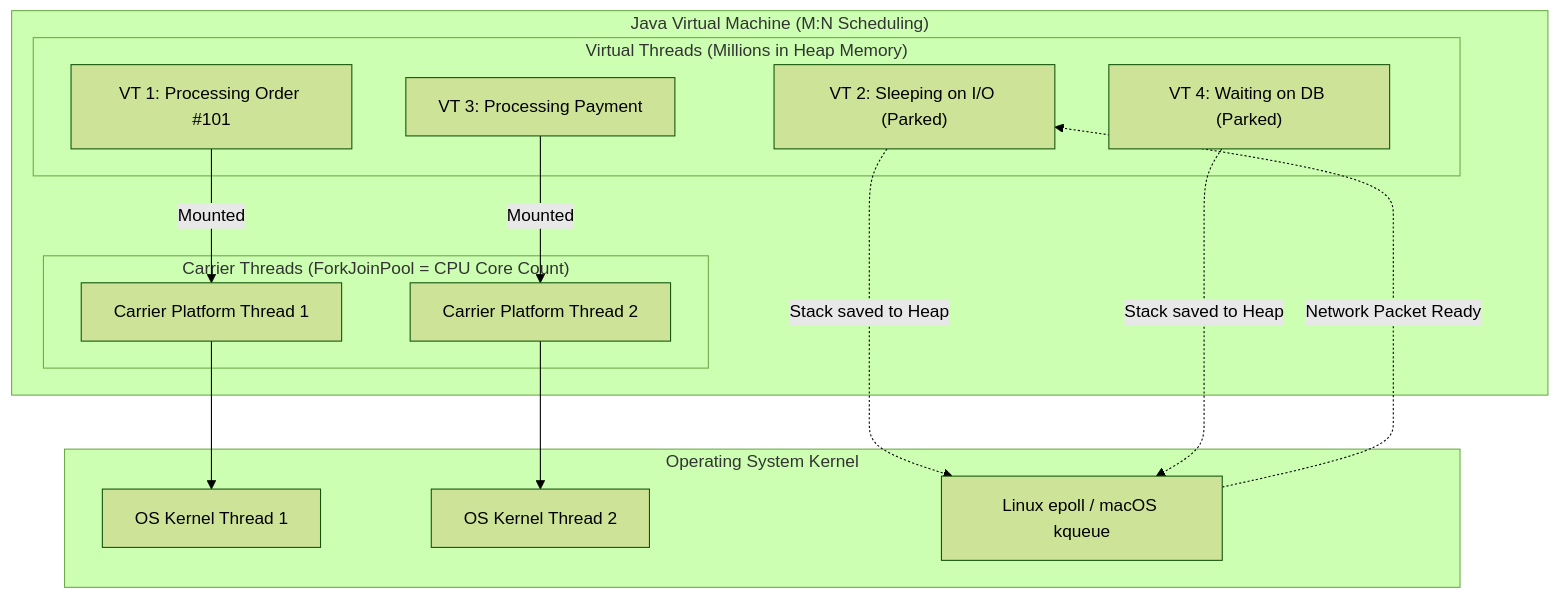
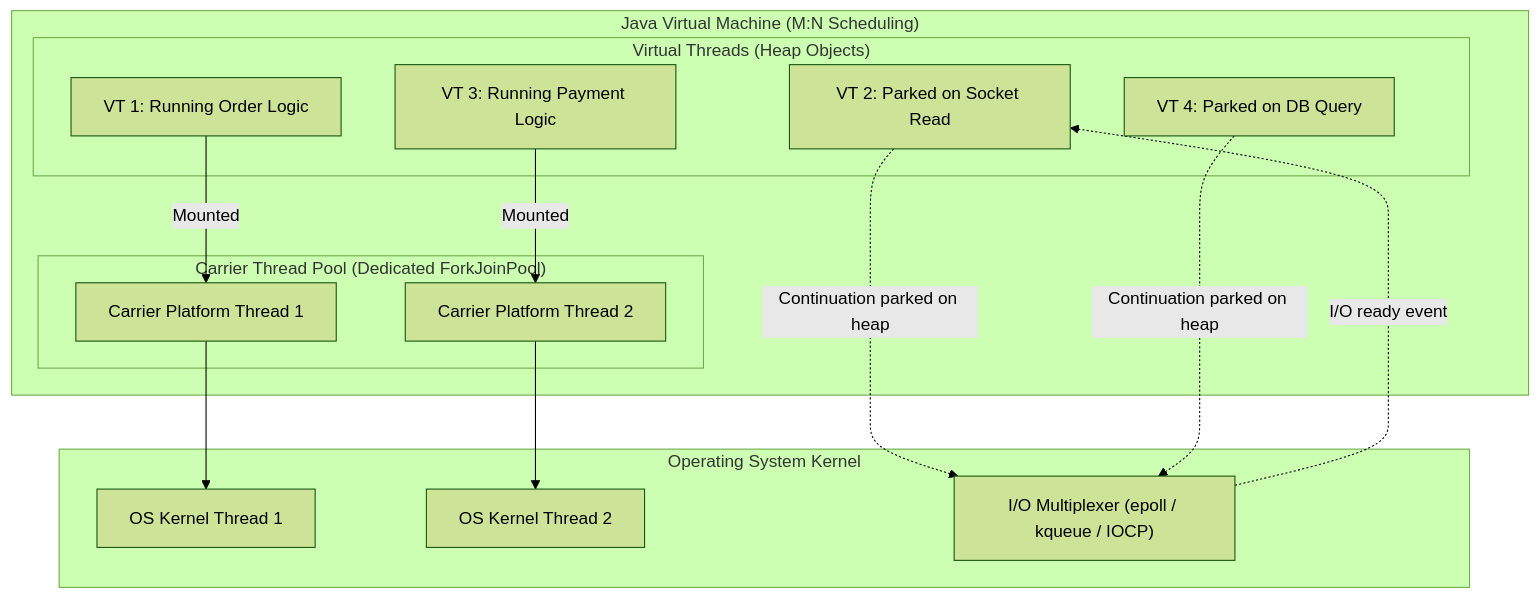
Before and after one commit to ravishankar2463/java_hub: the first of 2 diagrams in content/roadmap/level-5/project-loom-virtual-threads.md, drawn with Mermaid (forest theme). The commit also changed other lines of this file and 119 other files, not shown here.

Commit message:
feat: add comprehensive java learning roadmap content across multiple levels

````diff
--- a/content/roadmap/level-5/project-loom-virtual-threads.md
+++ b/content/roadmap/level-5/project-loom-virtual-threads.md
@@ -17,31 +31,31 @@
 ```mermaid
 flowchart TD
-    subgraph "Java Virtual Machine (M:N Scheduling)"
-        subgraph "Virtual Threads (Millions in Heap Memory)"
-            VT1["VT 1: Processing Order #101"]
-            VT2["VT 2: Sleeping on I/O (Parked)"]
-            VT3["VT 3: Processing Payment"]
-            VT4["VT 4: Waiting on DB (Parked)"]
+    subgraph jvm["Java Virtual Machine (M:N Scheduling)"]
+        subgraph vts["Virtual Threads (Heap Objects)"]
+            vt1["VT 1: Running Order Logic"]
+            vt2["VT 2: Parked on Socket Read"]
+            vt3["VT 3: Running Payment Logic"]
+            vt4["VT 4: Parked on DB Query"]
         end
 
-        subgraph "Carrier Threads (ForkJoinPool = CPU Core Count)"
-            CT1["Carrier Platform Thread 1"]
-            CT2["Carrier Platform Thread 2"]
+        subgraph carriers["Carrier Thread Pool (Dedicated ForkJoinPool)"]
+            ct1["Carrier Platform Thread 1"]
+            ct2["Carrier Platform Thread 2"]
         end
     end
 
-    subgraph "Operating System Kernel"
-        OS1["OS Kernel Thread 1"]
-        OS2["OS Kernel Thread 2"]
-        Poller["Linux epoll / macOS kqueue"]
+    subgraph os["Operating System Kernel"]
+        os1["OS Kernel Thread 1"]
+        os2["OS Kernel Thread 2"]
+        poller["I/O Multiplexer (epoll / kqueue / IOCP)"]
     end
 
-    VT1 -->|Mounted| CT1
-    VT3 -->|Mounted| CT2
-    CT1 --> OS1
-    CT2 --> OS2
-    
-    VT2 -.->|Stack saved to Heap| Poller
-    VT4 -.->|Stack saved to Heap| Poller
-    Poller -.->|Network Packet Ready| VT2
+    vt1 -->|"Mounted"| ct1
+    vt3 -->|"Mounted"| ct2
+    ct1 --> os1
+    ct2 --> os2
+
+    vt2 -.->|"Continuation parked on heap"| poller
+    vt4 -.->|"Continuation parked on heap"| poller
+    poller -.->|"I/O ready event"| vt2
 ```
````
